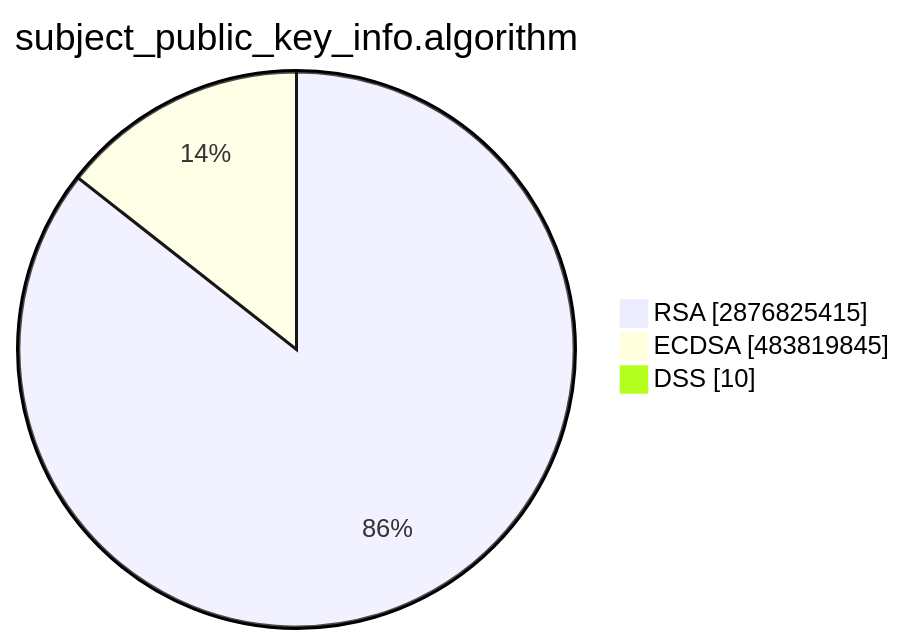
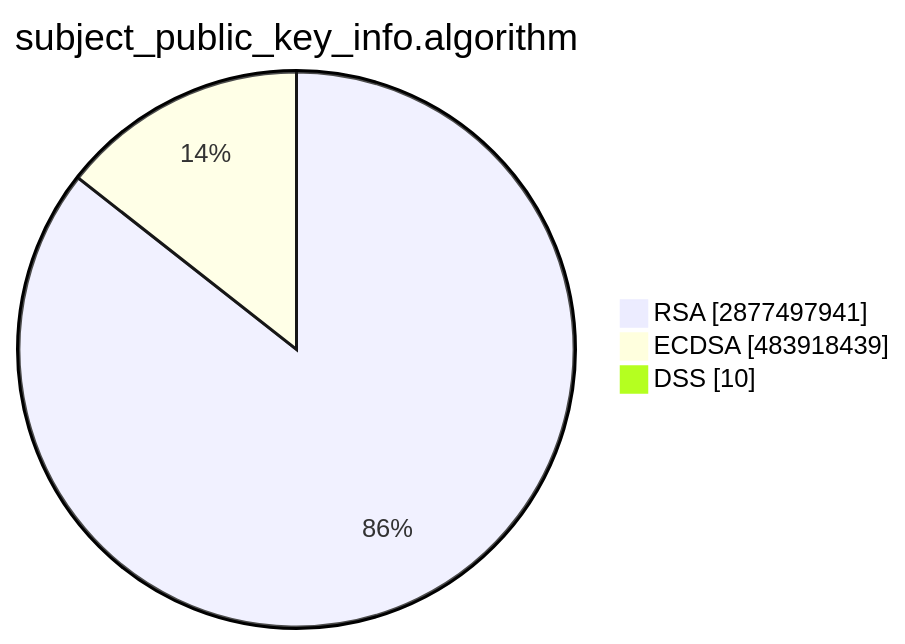
Before and after one commit to christiankrug/ctmonitor_visualization: the second of 15 diagrams in TOTAL/README.md, drawn with Mermaid. The commit also changed other lines of this file, not shown here.

````diff
--- a/TOTAL/README.md
+++ b/TOTAL/README.md
@@ -6,7 +6,7 @@
 ```mermaid
 pie showData
 title subject_public_key_info.algorithm
-"RSA" :2876825415
-"ECDSA" :483819845
+"RSA" :2877497941
+"ECDSA" :483918439
 "DSS" :10
 ```
````
